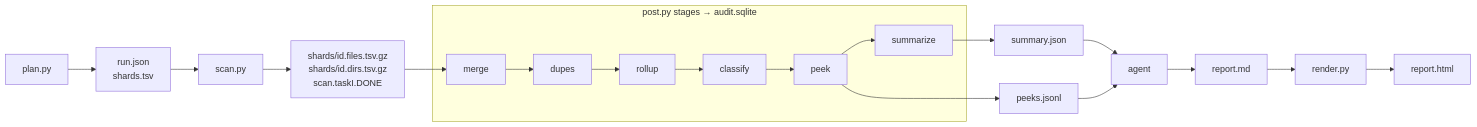
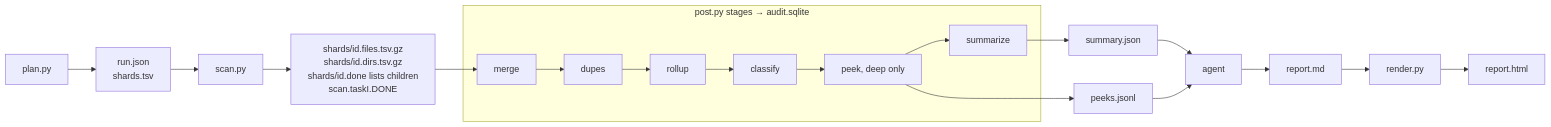
Before and after one commit to harvardinformatics/data-concierge-file-audit: the second of 2 diagrams in docs/spec.md, drawn with Mermaid. The commit also changed other lines of this file and 23 other files, not shown here.

````diff
--- a/docs/spec.md
+++ b/docs/spec.md
@@ -68,12 +72,12 @@
 ```mermaid
 flowchart LR
   P[plan.py] --> R[run.json<br/>shards.tsv]
-  R --> S[scan.py] --> SH[shards/id.files.tsv.gz<br/>shards/id.dirs.tsv.gz<br/>scan.taskI.DONE]
+  R --> S[scan.py] --> SH[shards/id.files.tsv.gz<br/>shards/id.dirs.tsv.gz<br/>shards/id.done lists children<br/>scan.taskI.DONE]
   SH --> M
   subgraph PO[post.py stages → audit.sqlite]
-    M[merge] --> D[dupes] --> RU[rollup] --> C[classify] --> PK[peek] --> SU[summarize]
+    M[merge] --> D[dupes] --> RU[rollup] --> C[classify] --> PK[peek, deep only] --> SU[summarize]
   end
   PK --> PJ[peeks.jsonl]
   SU --> SJ[summary.json]
   SJ & PJ --> AG[agent] --> MD[report.md] --> RE[render.py] --> HT[report.html]
 ```
````
